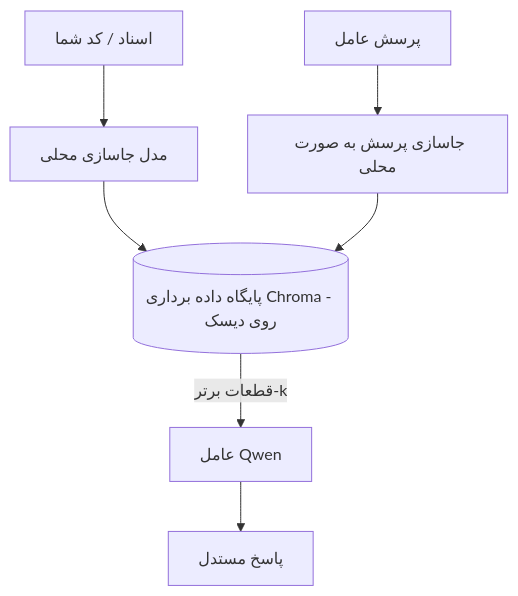
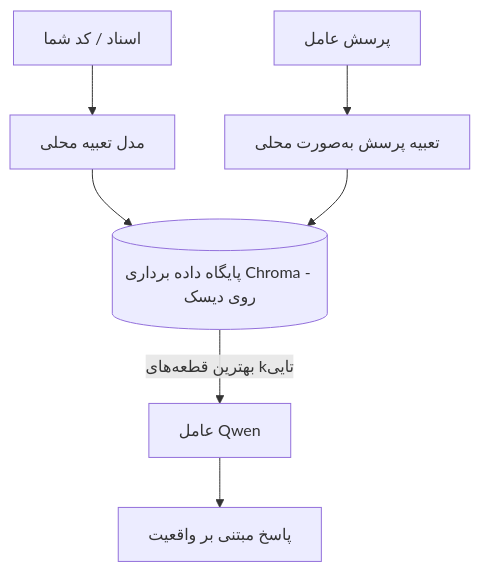
Before and after one commit to gabrielmoreira/agent-skills-mirror: the third of 4 diagrams in mirrors/repos/microsoft@ai-agents-for-beginners/translations/fa/17-creating-local-ai-agents/README.md, drawn with Mermaid. The commit also changed other lines of this file and 4262 other files, not shown here.

````diff
--- a/mirrors/repos/microsoft@ai-agents-for-beginners/translations/fa/17-creating-local-ai-agents/README.md
+++ b/mirrors/repos/microsoft@ai-agents-for-beginners/translations/fa/17-creating-local-ai-agents/README.md
@@ -125,9 +125,9 @@
 ```mermaid
 flowchart TB
-    D[اسناد / کد شما] --> E[مدل جاسازی محلی]
+    D[اسناد / کد شما] --> E[مدل تعبیه محلی]
     E --> V[(پایگاه داده برداری Chroma - روی دیسک)]
-    Q[پرسش عامل] --> QE[جاسازی پرسش به صورت محلی]
+    Q[پرسش عامل] --> QE[تعبیه پرسش به‌صورت محلی]
     QE --> V
-    V -->|قطعات برتر-k| A[عامل Qwen]
-    A --> Ans[پاسخ مستدل]
+    V -->|بهترین قطعه‌های kتایی| A[عامل Qwen]
+    A --> Ans[پاسخ مبتنی بر واقعیت]
 ```
````
